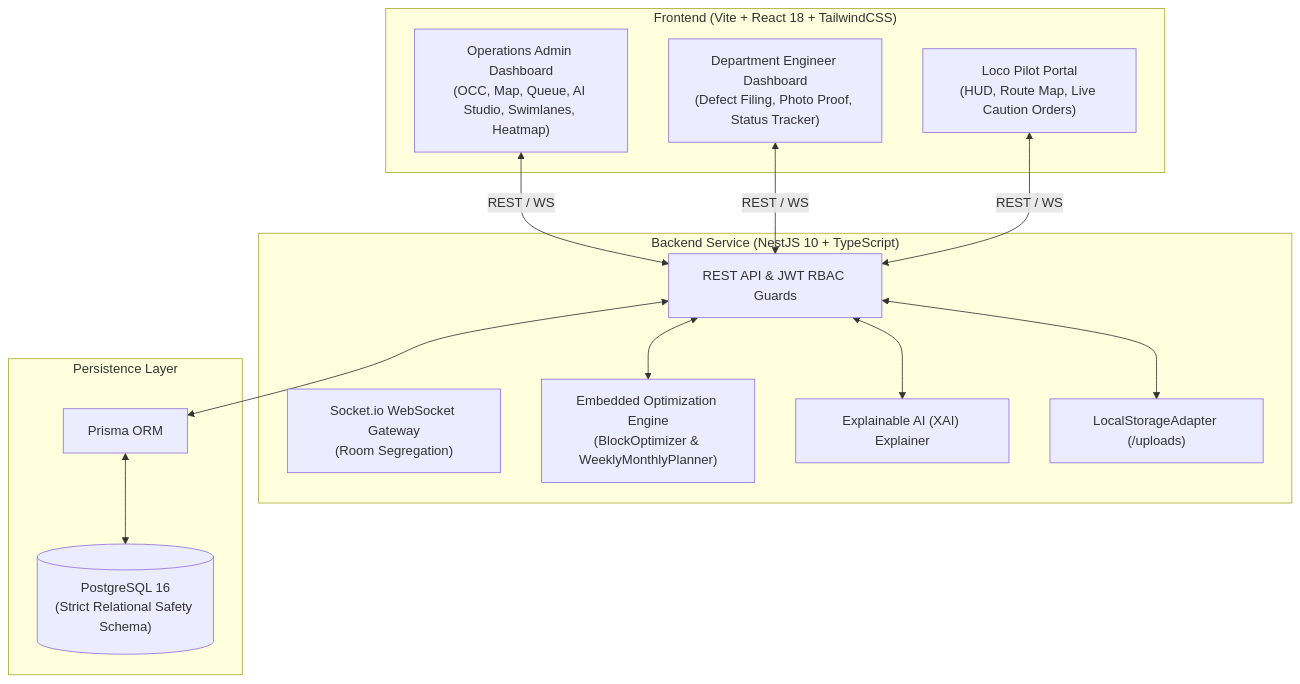
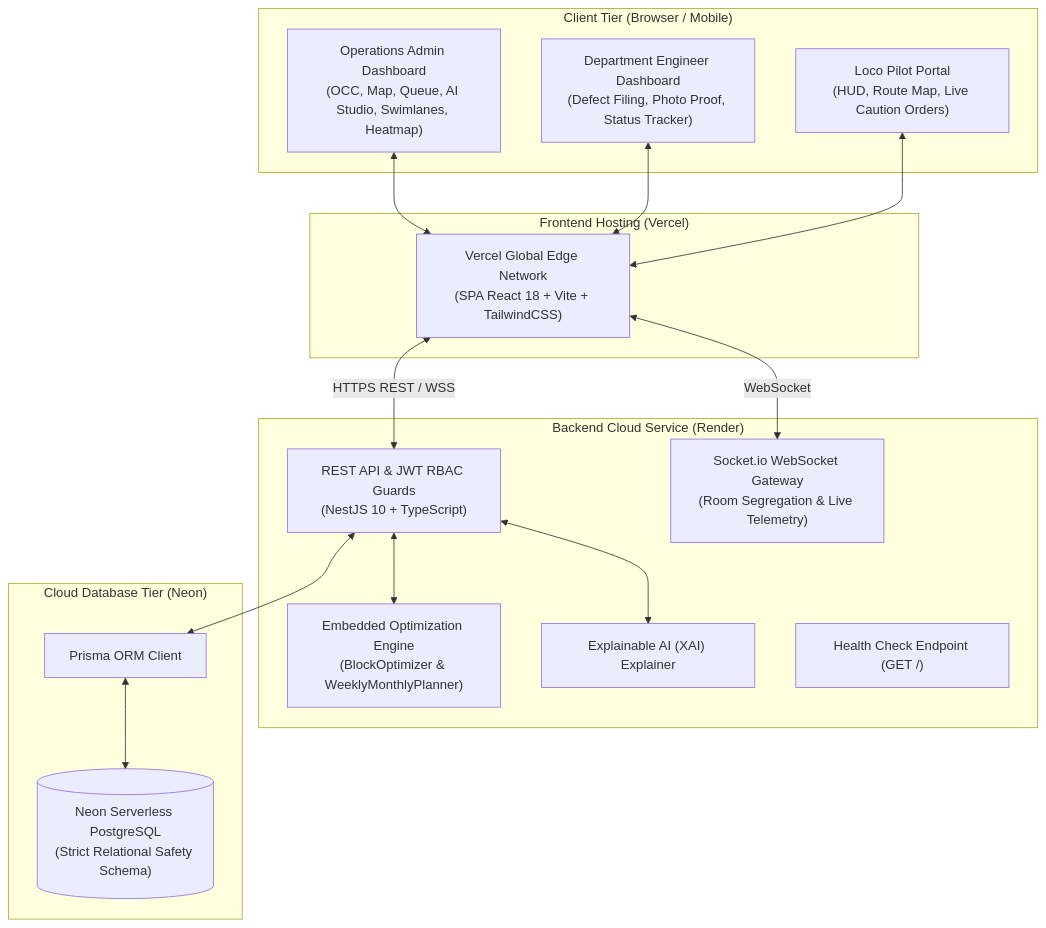
The diagram in README.md (Lokeshcmrit/project), drawn with Mermaid before and after one commit. The commit also changed other lines of this file and 1 other file, not shown here.

Commit message:
docs: update README and DECISIONS with cloud architecture, requirements, and deployment guides

````diff
--- a/README.md
+++ b/README.md
@@ -23,30 +23,36 @@
 ```mermaid
 graph TD
-    subgraph Frontend ["Frontend (Vite + React 18 + TailwindCSS)"]
+    subgraph Client ["Client Tier (Browser / Mobile)"]
         AdminUI["Operations Admin Dashboard\n(OCC, Map, Queue, AI Studio, Swimlanes, Heatmap)"]
         DeptUI["Department Engineer Dashboard\n(Defect Filing, Photo Proof, Status Tracker)"]
         PilotUI["Loco Pilot Portal\n(HUD, Route Map, Live Caution Orders)"]
     end
 
-    subgraph Backend ["Backend Service (NestJS 10 + TypeScript)"]
-        REST["REST API & JWT RBAC Guards"]
-        WS["Socket.io WebSocket Gateway\n(Room Segregation)"]
+    subgraph HostingFrontend ["Frontend Hosting (Vercel)"]
+        VercelCDN["Vercel Global Edge Network\n(SPA React 18 + Vite + TailwindCSS)"]
+    end
+
+    subgraph HostingBackend ["Backend Cloud Service (Render)"]
+        REST["REST API & JWT RBAC Guards\n(NestJS 10 + TypeScript)"]
+        WS["Socket.io WebSocket Gateway\n(Room Segregation & Live Telemetry)"]
         OptEngine["Embedded Optimization Engine\n(BlockOptimizer & WeeklyMonthlyPlanner)"]
         XAIEngine["Explainable AI (XAI) Explainer"]
-        Storage["LocalStorageAdapter (/uploads)"]
+        HealthRoute["Health Check Endpoint (GET /)"]
     end
 
-    subgraph Database ["Persistence Layer"]
-        Prisma["Prisma ORM"]
-        Postgres[("PostgreSQL 16\n(Strict Relational Safety Schema)")]
+    subgraph CloudDB ["Cloud Database Tier (Neon)"]
+        Prisma["Prisma ORM Client"]
+        NeonDB[("Neon Serverless PostgreSQL\n(Strict Relational Safety Schema)")]
     end
 
-    AdminUI <-->|REST / WS| REST
-    DeptUI <-->|REST / WS| REST
-    PilotUI <-->|REST / WS| REST
+    AdminUI <--> VercelCDN
+    DeptUI <--> VercelCDN
+    PilotUI <--> VercelCDN
+
+    VercelCDN <-->|HTTPS REST / WSS| REST
+    VercelCDN <-->|WebSocket| WS
     REST <--> OptEngine
     REST <--> XAIEngine
-    REST <--> Storage
     REST <--> Prisma
-    Prisma <--> Postgres
+    Prisma <--> NeonDB
 ```
````
